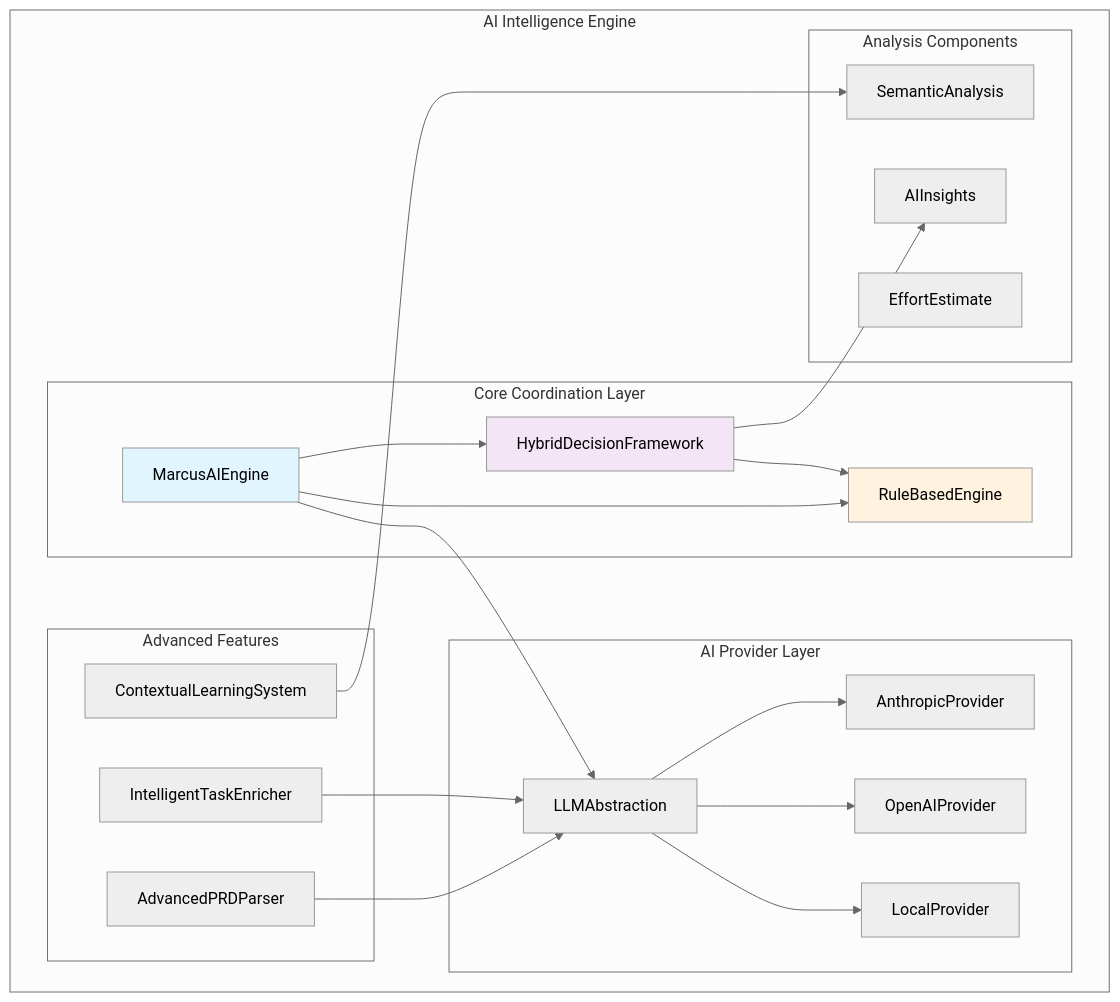
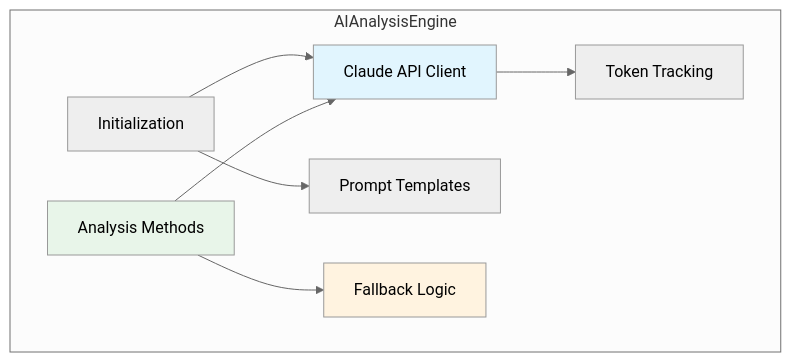
Before and after one commit to lwgray/marcus: the first of 2 diagrams in docs/source/systems/intelligence/07-ai-intelligence-engine.md, drawn with Mermaid (neutral theme). The commit also changed other lines of this file and 4 other files, not shown here.

````diff
--- a/docs/source/systems/intelligence/07-ai-intelligence-engine.md
+++ b/docs/source/systems/intelligence/07-ai-intelligence-engine.md
@@ -39,45 +43,21 @@
 ```mermaid
 graph TB
-    subgraph "AI Intelligence Engine"
-        subgraph "Core Coordination Layer"
-            AE[MarcusAIEngine]
-            RB[RuleBasedEngine]
-            HF[HybridDecisionFramework]
-        end
-
-        subgraph "AI Provider Layer"
-            LA[LLMAbstraction]
-            AP[AnthropicProvider]
-            OP[OpenAIProvider]
-            LP[LocalProvider]
-        end
-
-        subgraph "Advanced Features"
-            PP[AdvancedPRDParser]
-            IE[IntelligentTaskEnricher]
-            CL[ContextualLearningSystem]
-        end
-
-        subgraph "Analysis Components"
-            SA[SemanticAnalysis]
-            EE[EffortEstimate]
-            AI[AIInsights]
-        end
+    subgraph "AIAnalysisEngine"
+        Init[Initialization]
+        Claude[Claude API Client]
+        Prompts[Prompt Templates]
+        Analysis[Analysis Methods]
+        Fallback[Fallback Logic]
+        Tracking[Token Tracking]
     end
 
-    AE --> RB
-    AE --> LA
-    AE --> HF
-    HF --> RB
-    HF --> AI
-    LA --> AP
-    LA --> OP
-    LA --> LP
-    PP --> LA
-    IE --> LA
-    CL --> SA
+    Init --> Claude
+    Init --> Prompts
+    Analysis --> Claude
+    Analysis --> Fallback
+    Claude --> Tracking
 
-    style AE fill:#e1f5fe
-    style RB fill:#fff3e0
-    style HF fill:#f3e5f5
+    style Claude fill:#e1f5fe
+    style Fallback fill:#fff3e0
+    style Analysis fill:#e8f5e9
 ```
````
